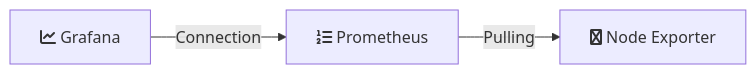
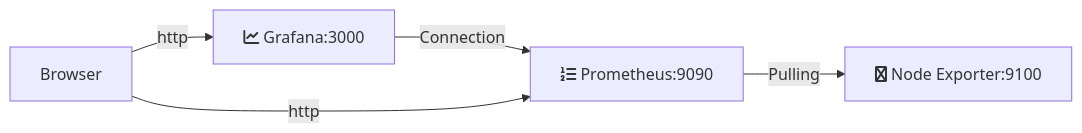
One commit to bullpae/prometheus_test changed the second of 2 diagrams in README.md. Above: the diagram before and after it, drawn with Mermaid. The commit also changed other lines of this file, not shown here.

Commit message:
환경 세부 수정

````diff
--- a/README.md
+++ b/README.md
@@ -11,6 +13,9 @@
 ```mermaid
 flowchart LR
-    C[fa:fa-list-ol Prometheus] -->|Pulling| D[fa:fa-linode Node Exporter]
+    C[fa:fa-list-ol Prometheus:9090] -->|Pulling| D[fa:fa-linode Node Exporter:9100]
 
-    E[fa:fa-line-chart Grafana] -->|Connection| C
+    E[fa:fa-line-chart Grafana:3000] -->|Connection| C
+
+    F[Browser] -->|http| C
+    F[Browser] -->|http| E
 ```
````
